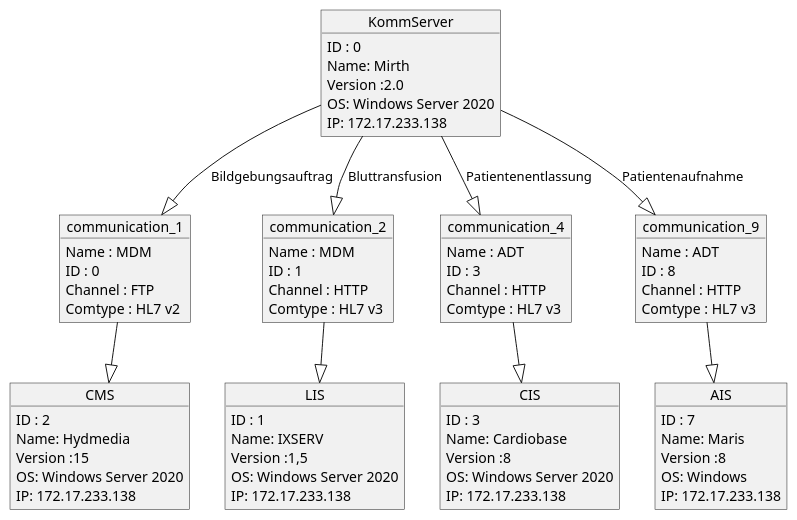
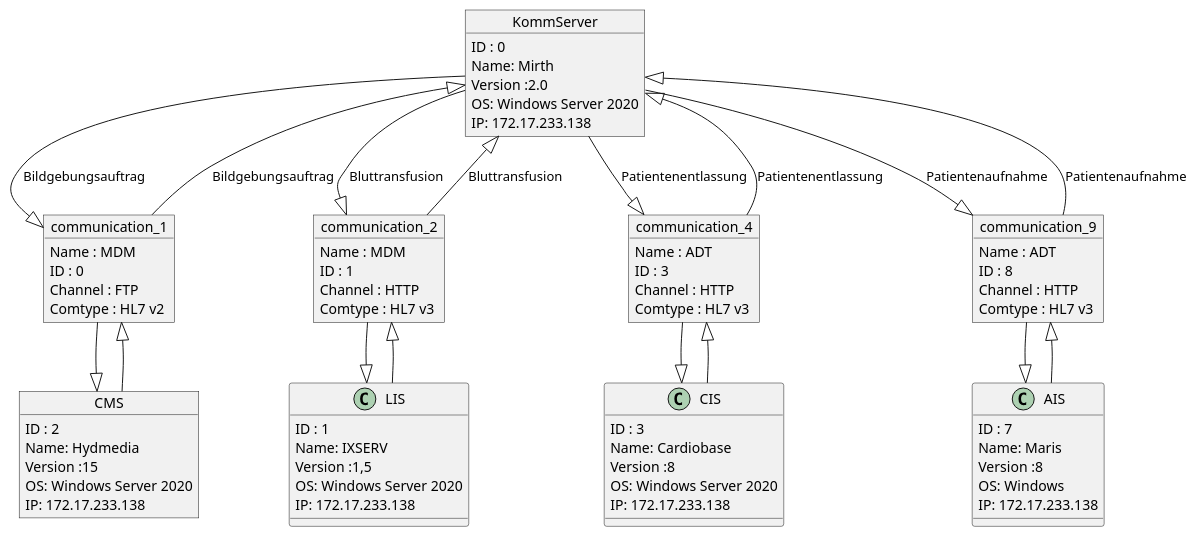
One commit to VirtualReality1/topologieSpringBoot changed the diagram in static/puml/KommServer.puml. Above: the diagram before and after it, drawn with PlantUML. The commit also changed 17 other files, not shown here.

```diff
--- a/static/puml/KommServer.puml
+++ b/static/puml/KommServer.puml
@@ -1,60 +1,65 @@
 @startuml
 object KommServer
 object CMS
 CMS : ID : 2
 CMS : Name: Hydmedia
 CMS : Version :15
 CMS : OS: Windows Server 2020
 CMS : IP: 172.17.233.138
 object communication_1
 communication_1 : Name : MDM
 communication_1 : ID : 0
 communication_1 : Channel : FTP
 communication_1 : Comtype : HL7 v2
 KommServer --|> communication_1:Bildgebungsauftrag
 communication_1 --|> CMS
-object LIS
+KommServer <|-- communication_1:Bildgebungsauftrag
+communication_1 <|-- CMS
 LIS : ID : 1
 LIS : Name: IXSERV
 LIS : Version :1,5
 LIS : OS: Windows Server 2020
 LIS : IP: 172.17.233.138
 object communication_2
 communication_2 : Name : MDM
 communication_2 : ID : 1
 communication_2 : Channel : HTTP
 communication_2 : Comtype : HL7 v3
 KommServer --|> communication_2:Bluttransfusion
 communication_2 --|> LIS
-object CIS
+KommServer <|-- communication_2:Bluttransfusion
+communication_2 <|-- LIS
 CIS : ID : 3
 CIS : Name: Cardiobase
 CIS : Version :8
 CIS : OS: Windows Server 2020
 CIS : IP: 172.17.233.138
 object communication_4
 communication_4 : Name : ADT
 communication_4 : ID : 3
 communication_4 : Channel : HTTP
 communication_4 : Comtype : HL7 v3
 KommServer --|> communication_4:Patientenentlassung
 communication_4 --|> CIS
-object AIS
+KommServer <|-- communication_4:Patientenentlassung
+communication_4 <|-- CIS
 AIS : ID : 7
 AIS : Name: Maris
 AIS : Version :8
 AIS : OS: Windows
 AIS : IP: 172.17.233.138
 object communication_9
 communication_9 : Name : ADT
 communication_9 : ID : 8
 communication_9 : Channel : HTTP
 communication_9 : Comtype : HL7 v3
 KommServer --|> communication_9:Patientenaufnahme
 communication_9 --|> AIS
+KommServer <|-- communication_9:Patientenaufnahme
+communication_9 <|-- AIS
 KommServer : ID : 0
 KommServer : Name: Mirth
 KommServer : Version :2.0
 KommServer : OS: Windows Server 2020
 KommServer : IP: 172.17.233.138
 @enduml
```
